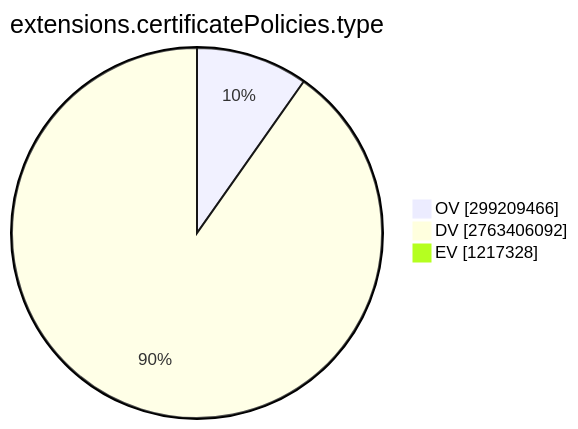
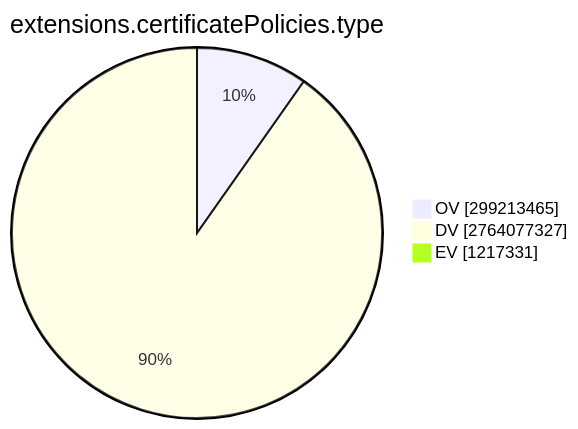
One commit to christiankrug/ctmonitor_visualization changed the ninth of 15 diagrams in TOTAL/README.md. Above: the diagram before and after it, drawn with Mermaid. The commit also changed other lines of this file, not shown here.

````diff
--- a/TOTAL/README.md
+++ b/TOTAL/README.md
@@ -3101,7 +3101,7 @@
 ```mermaid
 pie showData
 title extensions.certificatePolicies.type
-"OV" :299209466
-"DV" :2763406092
-"EV" :1217328
+"OV" :299213465
+"DV" :2764077327
+"EV" :1217331
 ```
````
